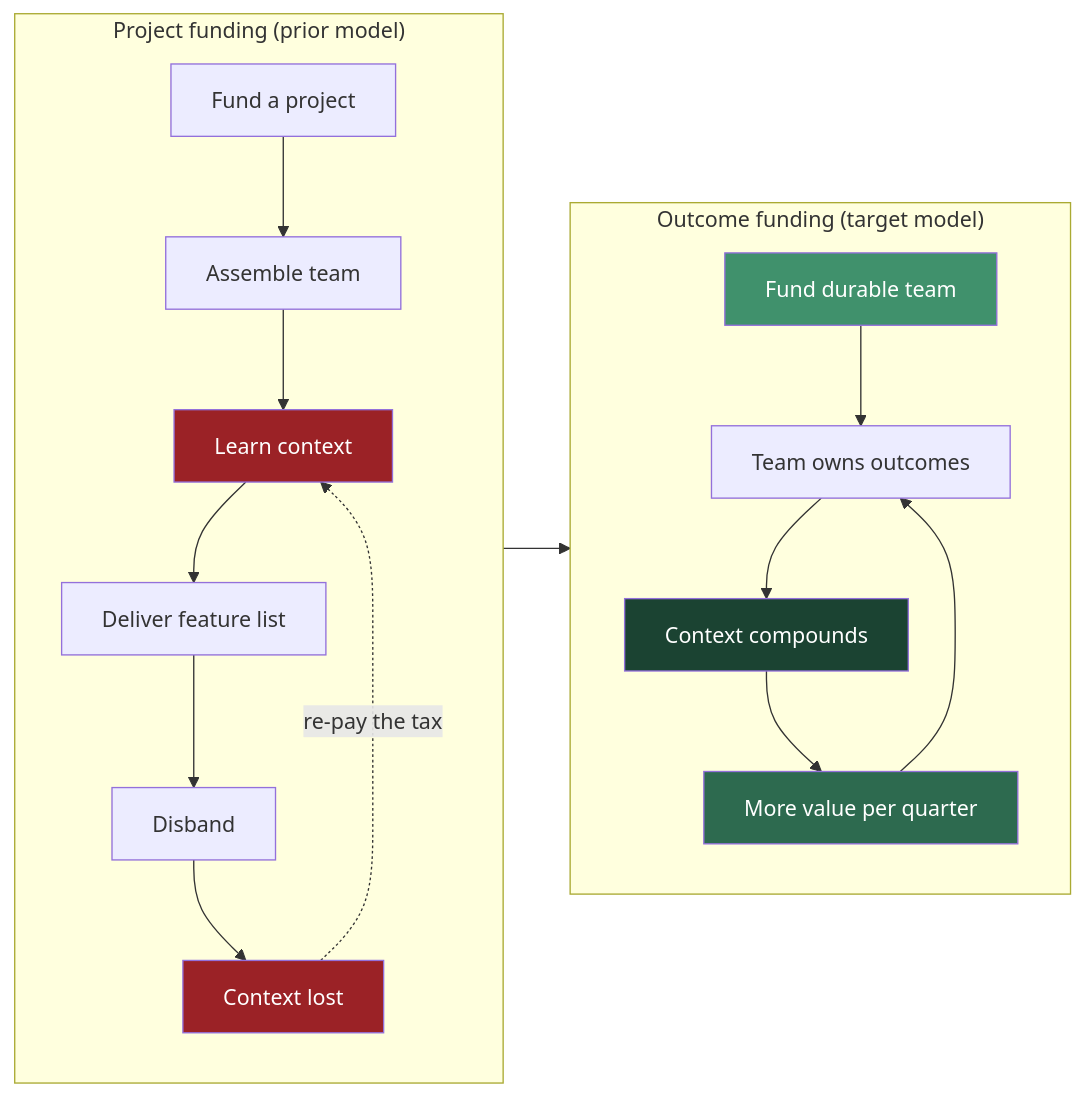
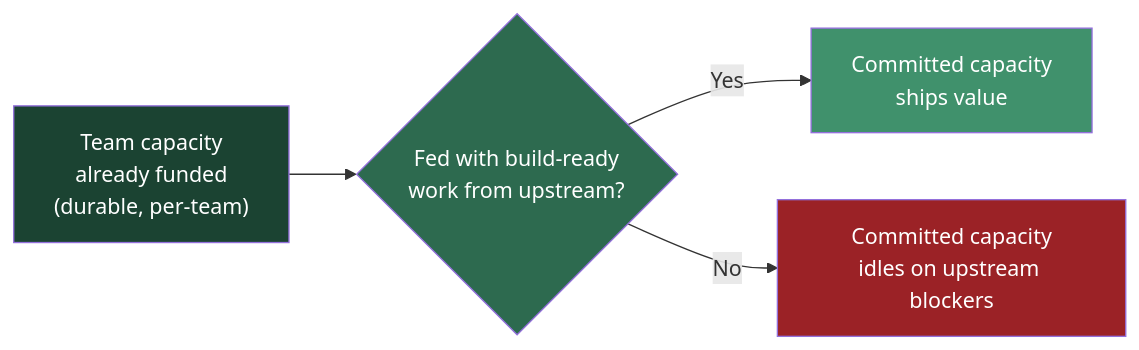
One commit to RED-Internal-Development/delivery-operating-model changed the first of 3 diagrams in docs/funding-and-operating-budget.md. Above: the diagram before and after it, drawn with Mermaid. The commit also changed other lines of this file and 4 other files, not shown here.

Commit message:
docs: reframe funding doc to durable-team reality; wire upstream-blockers into nav/index/README/glance

````diff
--- a/docs/funding-and-operating-budget.md
+++ b/docs/funding-and-operating-budget.md
@@ -35,18 +39,11 @@
 ```mermaid
 flowchart LR
-    subgraph PROJ["Project funding (prior model)"]
-        p1[Fund a project] --> p2[Assemble team] --> p3[Learn context] --> p4[Deliver feature list] --> p5[Disband] --> p6[Context lost]
-        p6 -. "re-pay the tax" .-> p3
-    end
-    subgraph OUT["Outcome funding (target model)"]
-        o1[Fund durable team] --> o2[Team owns outcomes] --> o3[Context compounds] --> o4[More value per quarter]
-        o4 --> o2
-    end
-    PROJ --> OUT
+    FUND["Team capacity<br/>already funded<br/>(durable, per-team)"] --> Q{"Fed with build-ready<br/>work from upstream?"}
+    Q -->|"Yes"| VALUE["Committed capacity<br/>ships value"]
+    Q -->|"No"| IDLE["Committed capacity<br/>idles on upstream blockers"]
 
-    style p3 fill:#9b2226,color:#fff
-    style p6 fill:#9b2226,color:#fff
-    style o1 fill:#40916c,color:#fff
-    style o3 fill:#1b4332,color:#fff
-    style o4 fill:#2d6a4f,color:#fff
+    style FUND fill:#1b4332,color:#fff
+    style Q fill:#2d6a4f,color:#fff
+    style VALUE fill:#40916c,color:#fff
+    style IDLE fill:#9b2226,color:#fff
 ```
````
